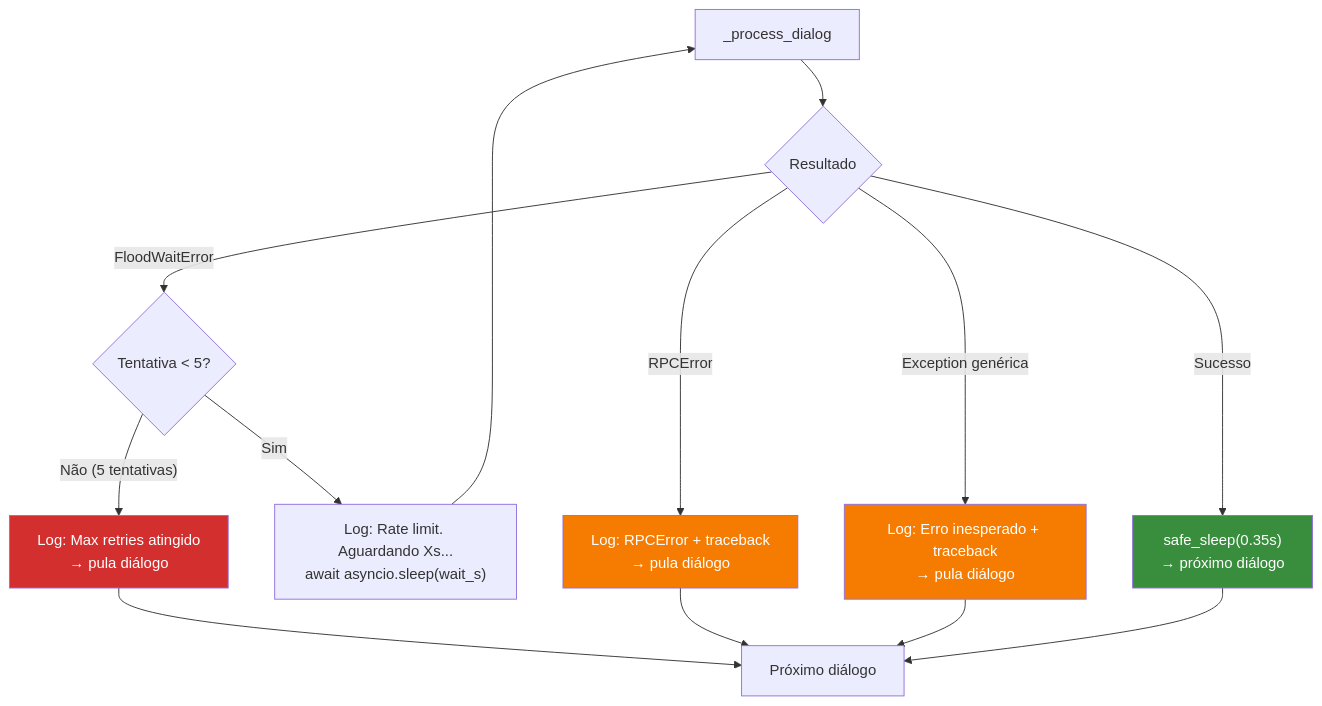
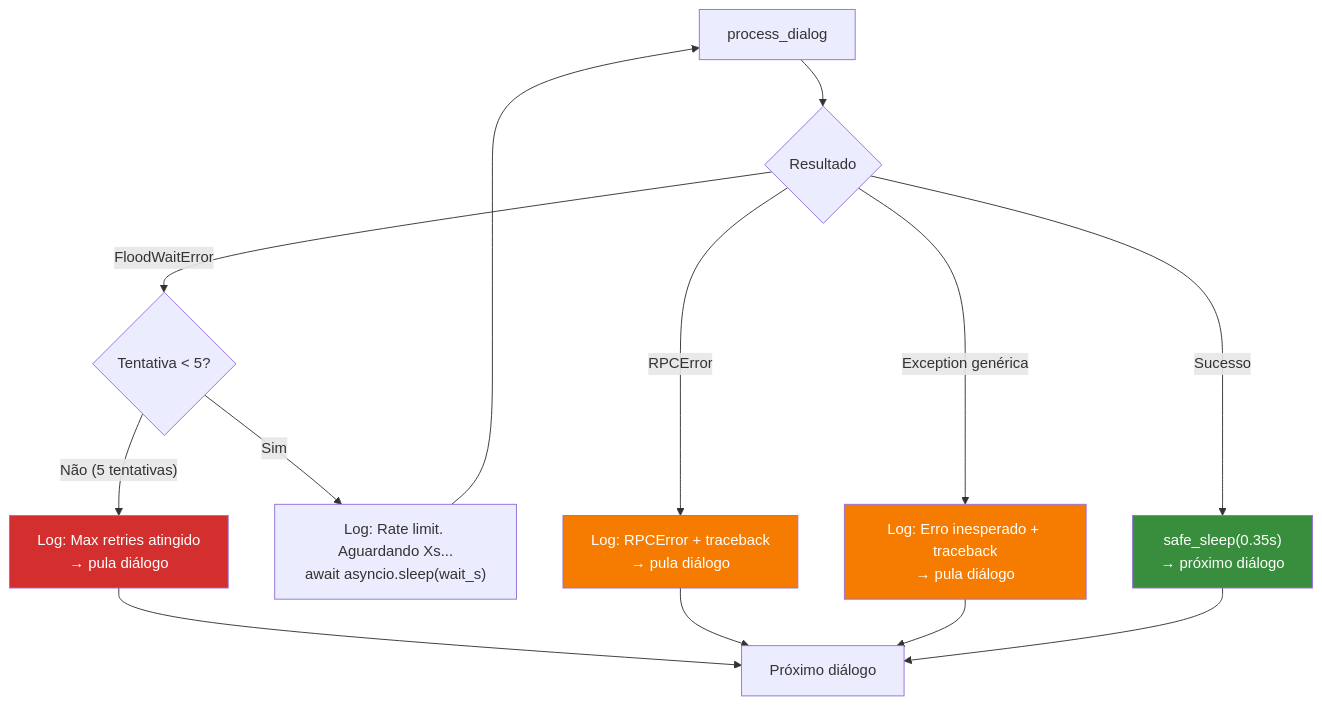
The second of 2 diagrams in docs/UX_FLOW.md (prof-ramos/CleanTelegram), drawn with Mermaid before and after one commit. The commit also changed other lines of this file and 23 other files, not shown here.

````diff
--- a/docs/UX_FLOW.md
+++ b/docs/UX_FLOW.md
@@ -119,25 +166,25 @@
 ```mermaid
 flowchart TD
-    A[_process_dialog] --> B{Resultado}
+    A[process_dialog] --> B{Resultado}
 
     B -- "Sucesso" --> C["safe_sleep(0.35s)\n→ próximo diálogo"]
 
     B -- "FloodWaitError" --> D{Tentativa < 5?}
     D -- "Sim" --> E["Log: Rate limit. Aguardando Xs...\nawait asyncio.sleep(wait_s)"]
     E --> A
     D -- "Não (5 tentativas)" --> F["Log: Max retries atingido\n→ pula diálogo"]
 
     B -- "RPCError" --> G["Log: RPCError + traceback\n→ pula diálogo"]
 
     B -- "Exception genérica" --> H["Log: Erro inesperado + traceback\n→ pula diálogo"]
 
     F --> I[Próximo diálogo]
     G --> I
     H --> I
     C --> I
 
     style C fill:#388e3c,color:#fff
     style F fill:#d32f2f,color:#fff
     style G fill:#f57c00,color:#fff
     style H fill:#f57c00,color:#fff
 ```
````
